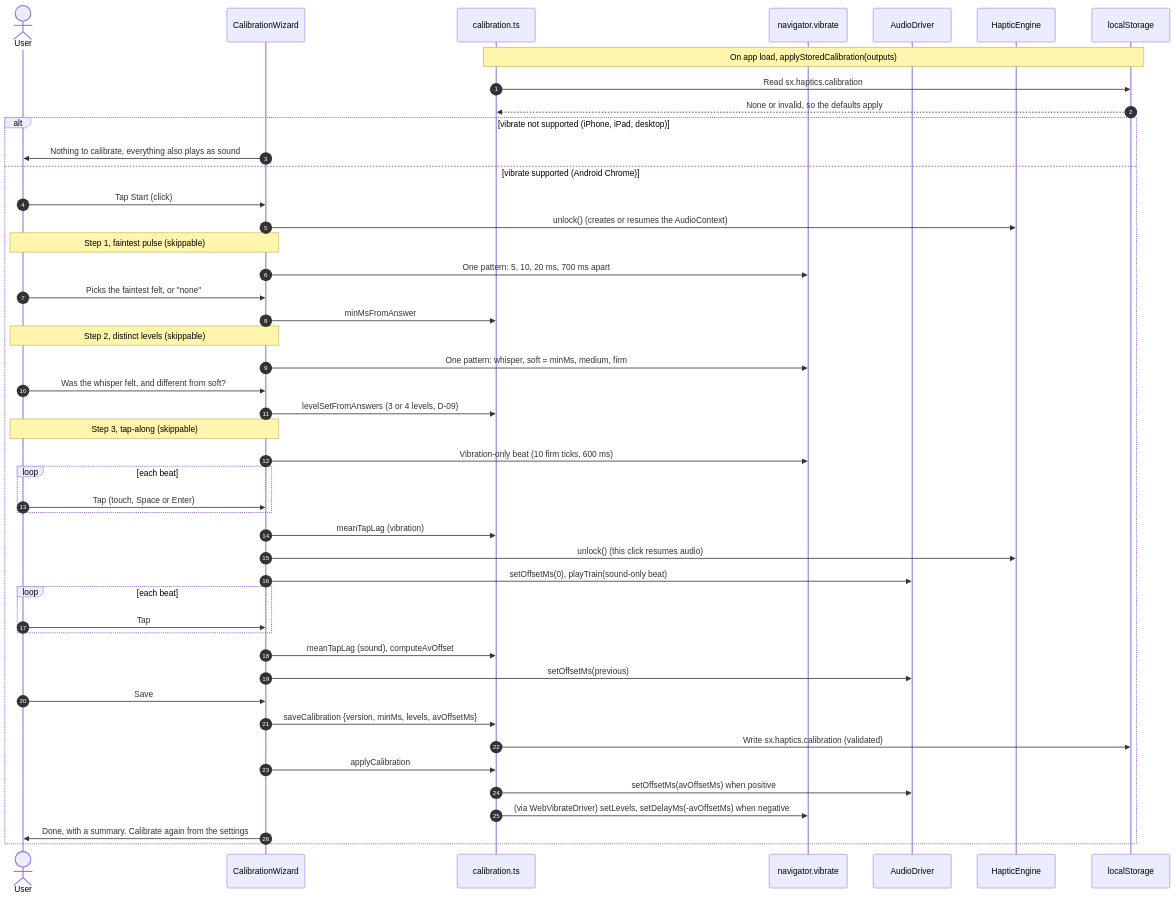
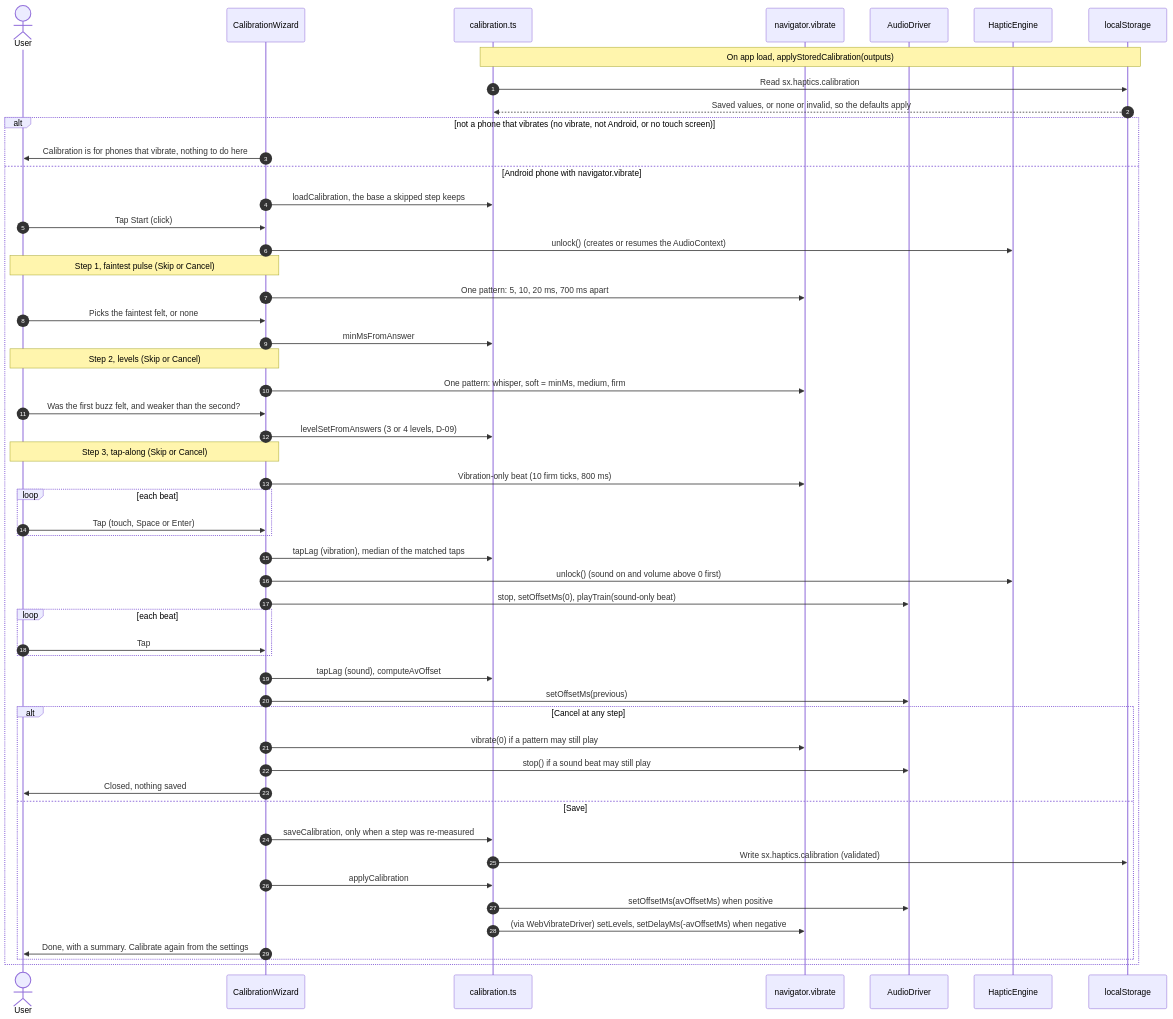
One commit to 0ffrian/SphereX changed the diagram in docs/uml/13-sequence-calibration.md. Above: the diagram before and after it, drawn with Mermaid. The commit also changed other lines of this file and 17 other files, not shown here.

````diff
--- a/docs/uml/13-sequence-calibration.md
+++ b/docs/uml/13-sequence-calibration.md
@@ -5,49 +5,55 @@
 ```mermaid
 sequenceDiagram
   autonumber
   actor U as User
   participant W as CalibrationWizard
   participant CL as calibration.ts
   participant NV as navigator.vibrate
   participant AD as AudioDriver
   participant E as HapticEngine
   participant LS as localStorage
 
   Note over CL,LS: On app load, applyStoredCalibration(outputs)
   CL->>LS: Read sx.haptics.calibration
-  LS-->>CL: None or invalid, so the defaults apply
-  alt vibrate not supported (iPhone, iPad, desktop)
-    W->>U: Nothing to calibrate, everything also plays as sound
-  else vibrate supported (Android Chrome)
+  LS-->>CL: Saved values, or none or invalid, so the defaults apply
+  alt not a phone that vibrates (no vibrate, not Android, or no touch screen)
+    W->>U: Calibration is for phones that vibrate, nothing to do here
+  else Android phone with navigator.vibrate
+    W->>CL: loadCalibration, the base a skipped step keeps
     U->>W: Tap Start (click)
     W->>E: unlock() (creates or resumes the AudioContext)
-    Note over W,U: Step 1, faintest pulse (skippable)
+    Note over W,U: Step 1, faintest pulse (Skip or Cancel)
     W->>NV: One pattern: 5, 10, 20 ms, 700 ms apart
-    U->>W: Picks the faintest felt, or "none"
+    U->>W: Picks the faintest felt, or none
     W->>CL: minMsFromAnswer
-    Note over W,U: Step 2, distinct levels (skippable)
+    Note over W,U: Step 2, levels (Skip or Cancel)
     W->>NV: One pattern: whisper, soft = minMs, medium, firm
-    U->>W: Was the whisper felt, and different from soft?
+    U->>W: Was the first buzz felt, and weaker than the second?
     W->>CL: levelSetFromAnswers (3 or 4 levels, D-09)
-    Note over W,U: Step 3, tap-along (skippable)
-    W->>NV: Vibration-only beat (10 firm ticks, 600 ms)
+    Note over W,U: Step 3, tap-along (Skip or Cancel)
+    W->>NV: Vibration-only beat (10 firm ticks, 800 ms)
     loop each beat
       U->>W: Tap (touch, Space or Enter)
     end
-    W->>CL: meanTapLag (vibration)
-    W->>E: unlock() (this click resumes audio)
-    W->>AD: setOffsetMs(0), playTrain(sound-only beat)
+    W->>CL: tapLag (vibration), median of the matched taps
+    W->>E: unlock() (sound on and volume above 0 first)
+    W->>AD: stop, setOffsetMs(0), playTrain(sound-only beat)
     loop each beat
       U->>W: Tap
     end
-    W->>CL: meanTapLag (sound), computeAvOffset
+    W->>CL: tapLag (sound), computeAvOffset
     W->>AD: setOffsetMs(previous)
-    U->>W: Save
-    W->>CL: saveCalibration {version, minMs, levels, avOffsetMs}
-    CL->>LS: Write sx.haptics.calibration (validated)
-    W->>CL: applyCalibration
-    CL->>AD: setOffsetMs(avOffsetMs) when positive
-    CL->>NV: (via WebVibrateDriver) setLevels, setDelayMs(-avOffsetMs) when negative
-    W->>U: Done, with a summary. Calibrate again from the settings
+    alt Cancel at any step
+      W->>NV: vibrate(0) if a pattern may still play
+      W->>AD: stop() if a sound beat may still play
+      W->>U: Closed, nothing saved
+    else Save
+      W->>CL: saveCalibration, only when a step was re-measured
+      CL->>LS: Write sx.haptics.calibration (validated)
+      W->>CL: applyCalibration
+      CL->>AD: setOffsetMs(avOffsetMs) when positive
+      CL->>NV: (via WebVibrateDriver) setLevels, setDelayMs(-avOffsetMs) when negative
+      W->>U: Done, with a summary. Calibrate again from the settings
+    end
   end
 ```
````
